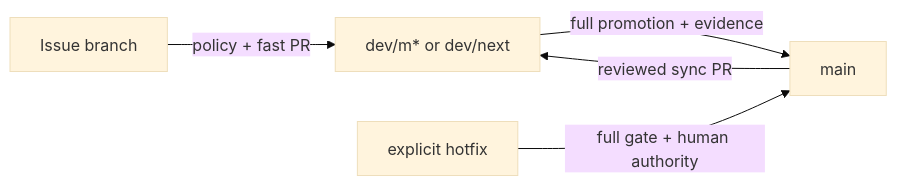
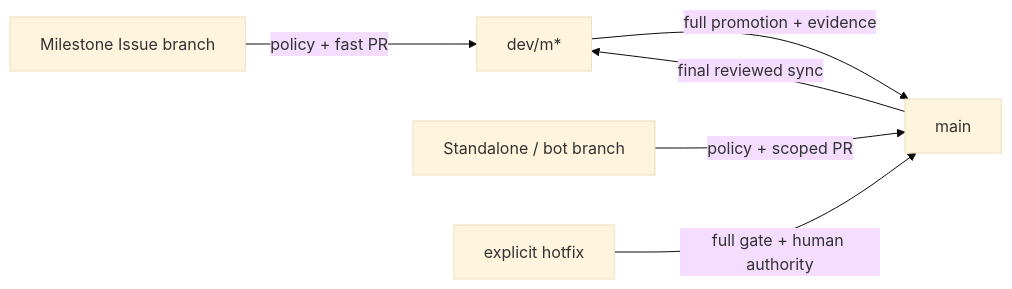
Before and after one commit to Innoguard-Cyber-Arch/csarc-repo-template: the second of 2 diagrams in docs/adr/low-friction-ai-sdlc.md, drawn with Mermaid (base theme). The commit also changed other lines of this file and 66 other files, not shown here.

Commit message:
refactor(delivery): make main the only permanent branch

````diff
--- a/docs/adr/low-friction-ai-sdlc.md
+++ b/docs/adr/low-friction-ai-sdlc.md
@@ -141,7 +144,8 @@
 ```mermaid
 flowchart LR
-    I[Issue branch] -->|policy + fast PR| D[dev/m* or dev/next]
-    M[main] -->|reviewed sync PR| D
+    I[Milestone Issue branch] -->|policy + fast PR| D[dev/m*]
+    S[Standalone / bot branch] -->|policy + scoped PR| M
+    M[main] -->|final reviewed sync| D
     D -->|full promotion + evidence| M
     H[explicit hotfix] -->|full gate + human authority| M
 ```
````
